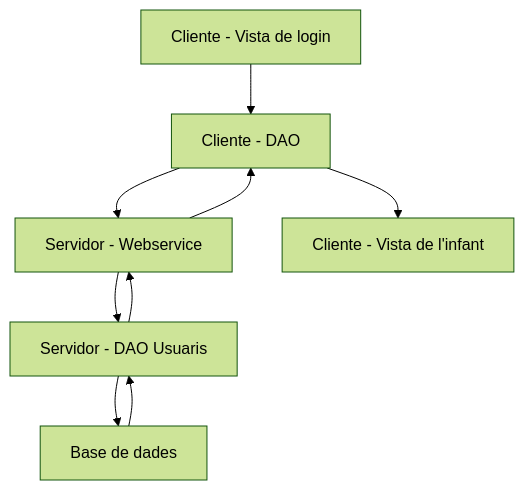
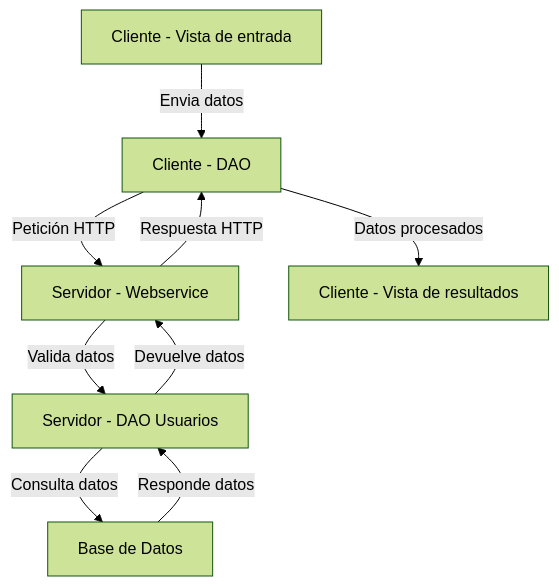
Before and after one commit to atlas-74/tapatapp: the diagram in DiagramaFluxeSoftware.mermaid, drawn with Mermaid (forest theme). The commit also changed other lines of this file, not shown here.

```diff
--- a/DiagramaFluxeSoftware.mermaid
+++ b/DiagramaFluxeSoftware.mermaid
@@ -1,9 +1,9 @@
 flowchart TD
-    A[Cliente - Vista de login] --> B[Cliente - DAO]
-    B --> C[Servidor - Webservice]
-    C --> D[Servidor - DAO Usuaris]
-    D --> E[Base de dades]
-    E --> D
-    D --> C
-    C --> B
-    B --> F[Cliente - Vista de l'infant]
+    A[Cliente - Vista de entrada] -->|Envia datos| B[Cliente - DAO]
+    B -->|Petición HTTP| C[Servidor - Webservice]
+    C -->|Valida datos| D[Servidor - DAO Usuarios]
+    D -->|Consulta datos| E[Base de Datos]
+    E -->|Responde datos| D
+    D -->|Devuelve datos| C
+    C -->|Respuesta HTTP| B
+    B -->|Datos procesados| F[Cliente - Vista de resultados]
```
